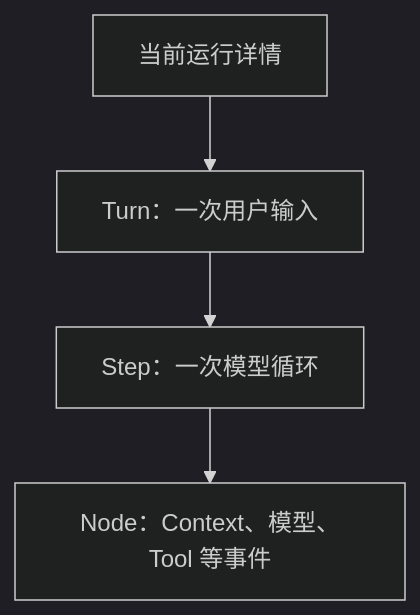
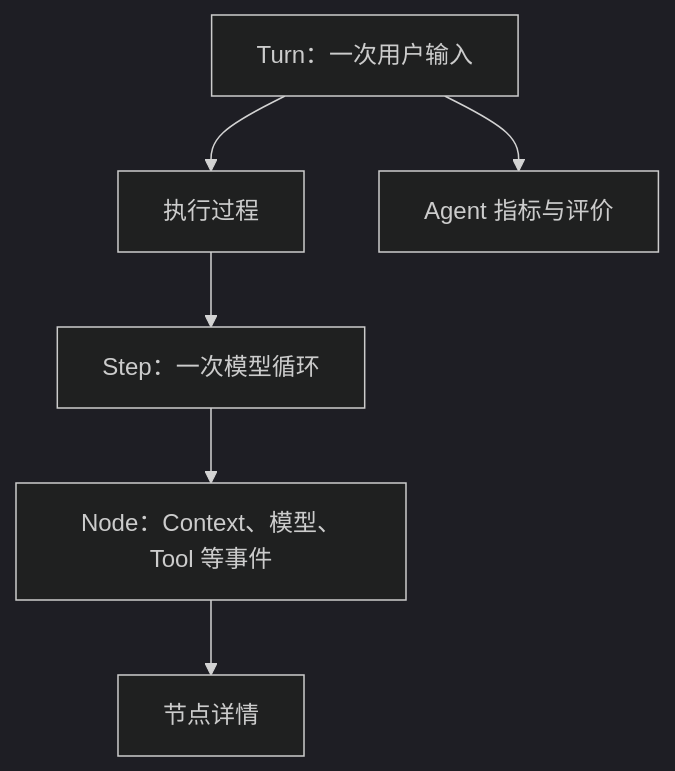
One commit to xxk156277/DKAgent changed the second of 2 diagrams in packages/web-tap/WEB-TAP.md. Above: the diagram before and after it, drawn with Mermaid (dark theme). The commit also changed other lines of this file, not shown here.

Commit message:
docs(web-tap): describe parallel workspace layout

````diff
--- a/packages/web-tap/WEB-TAP.md
+++ b/packages/web-tap/WEB-TAP.md
@@ -44,6 +44,8 @@
 ```mermaid
 flowchart TD
-    S["当前运行详情"] --> T["Turn：一次用户输入"]
-    T --> P["Step：一次模型循环"]
-    P --> N["Node：Context、模型、Tool 等事件"]
+    T["Turn：一次用户输入"] --> E["执行过程"]
+    T --> M["Agent 指标与评价"]
+    E --> S["Step：一次模型循环"]
+    S --> N["Node：Context、模型、Tool 等事件"]
+    N --> D["节点详情"]
 ```
````
